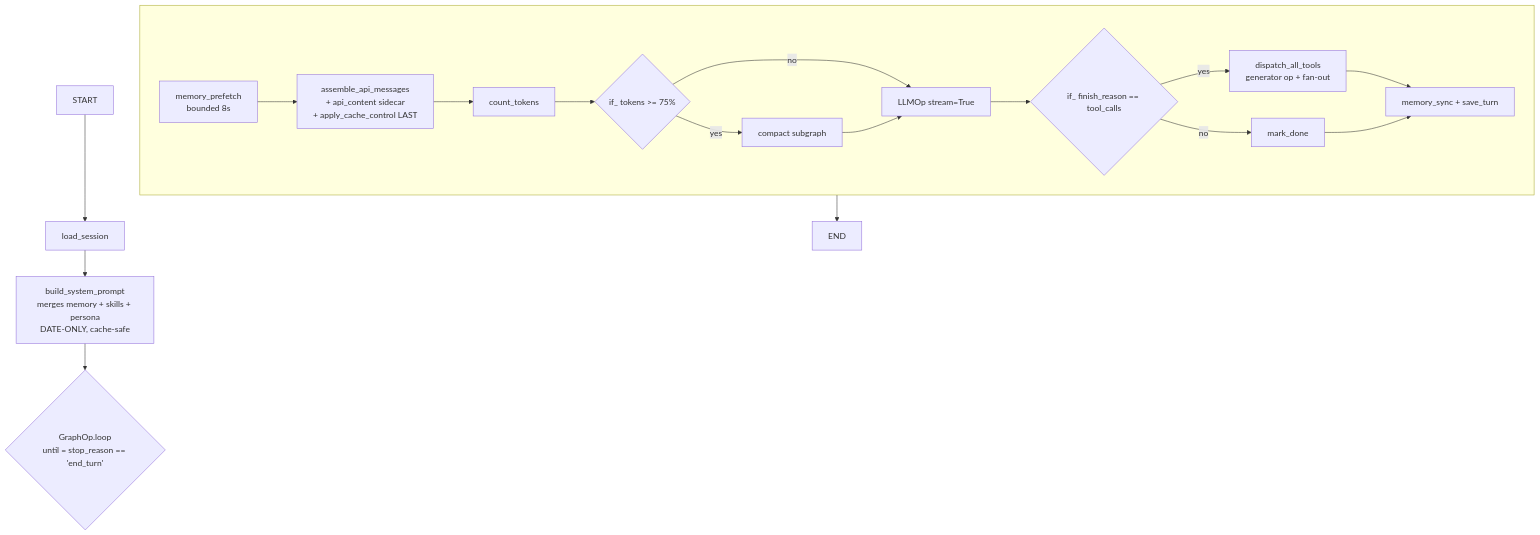
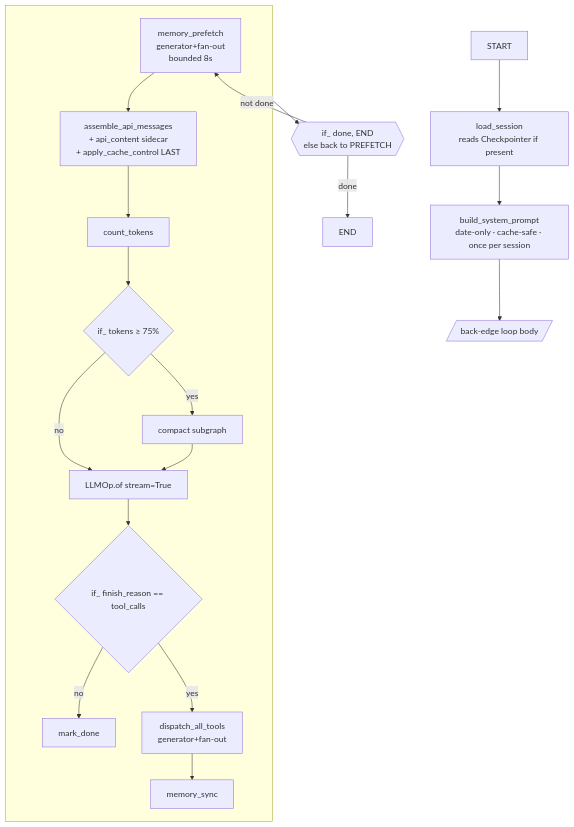
One commit to batman1m2001-cyber/Operonx changed the diagram in AGENT_EXTENSION_PLAN.md. Above: the diagram before and after it, drawn with Mermaid. The commit also changed other lines of this file, not shown here.

````diff
--- a/AGENT_EXTENSION_PLAN.md
+++ b/AGENT_EXTENSION_PLAN.md
@@ -98,23 +159,24 @@
 ```mermaid
 flowchart TD
-    START --> LOAD[load_session]
-    LOAD --> BUILD[build_system_prompt<br/>merges memory + skills + persona<br/>DATE-ONLY, cache-safe]
-    BUILD --> LOOP{"GraphOp.loop<br/>until = stop_reason == 'end_turn'"}
+    START --> LOAD[load_session<br/>reads Checkpointer if present]
+    LOAD --> BUILD[build_system_prompt<br/>date-only · cache-safe · once per session]
+    BUILD --> LOOP[/back-edge loop body/]
 
     subgraph LOOP_BODY [" "]
-        PREFETCH[memory_prefetch<br/>bounded 8s]
+        PREFETCH[memory_prefetch<br/>generator+fan-out<br/>bounded 8s]
         PREFETCH --> ASSEMBLE[assemble_api_messages<br/>+ api_content sidecar<br/>+ apply_cache_control LAST]
         ASSEMBLE --> COUNT[count_tokens]
-        COUNT --> GATE1{if_ tokens >= 75%}
+        COUNT --> GATE1{if_ tokens ≥ 75%}
         GATE1 -->|yes| COMPACT[compact subgraph]
-        GATE1 -->|no| LLM[LLMOp stream=True]
-        COMPACT --> LLM
+        GATE1 -->|no| LLM
+        COMPACT --> LLM[LLMOp.of stream=True]
         LLM --> ROUTER{if_ finish_reason == tool_calls}
         ROUTER -->|no| DONE[mark_done]
-        ROUTER -->|yes| DISPATCH[dispatch_all_tools<br/>generator op + fan-out]
-        DISPATCH --> SYNC[memory_sync + save_turn]
-        DONE --> SYNC
+        ROUTER -->|yes| DISPATCH[dispatch_all_tools<br/>generator+fan-out]
+        DISPATCH --> SYNC[memory_sync]
     end
 
-    LOOP_BODY --> END
+    LOOP_BODY --> BACK{{"if_ done, END<br/>else back to PREFETCH"}}
+    BACK -->|done| END
+    BACK -->|not done| PREFETCH
 ```
````
